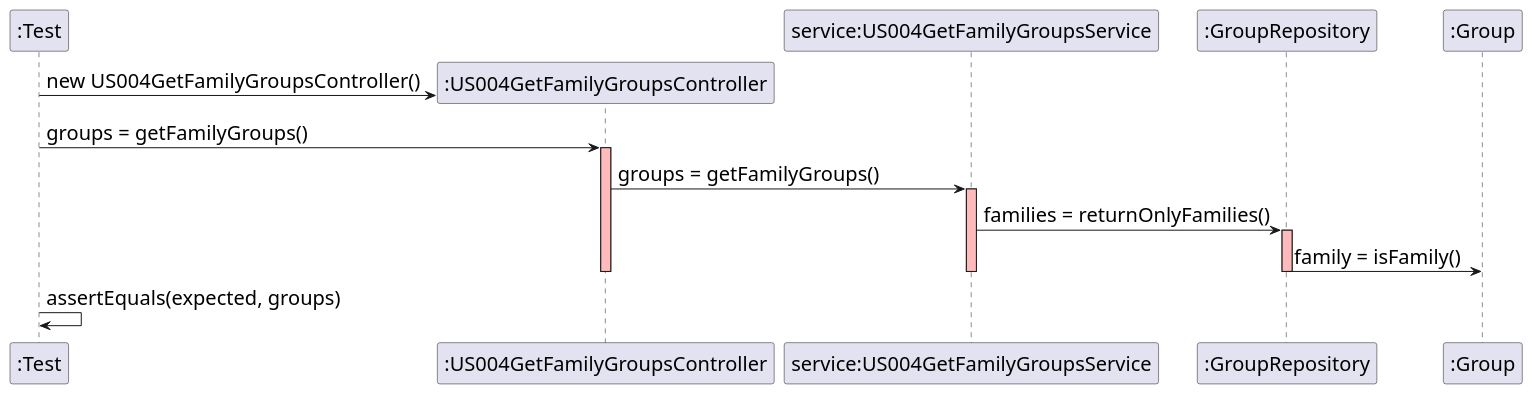
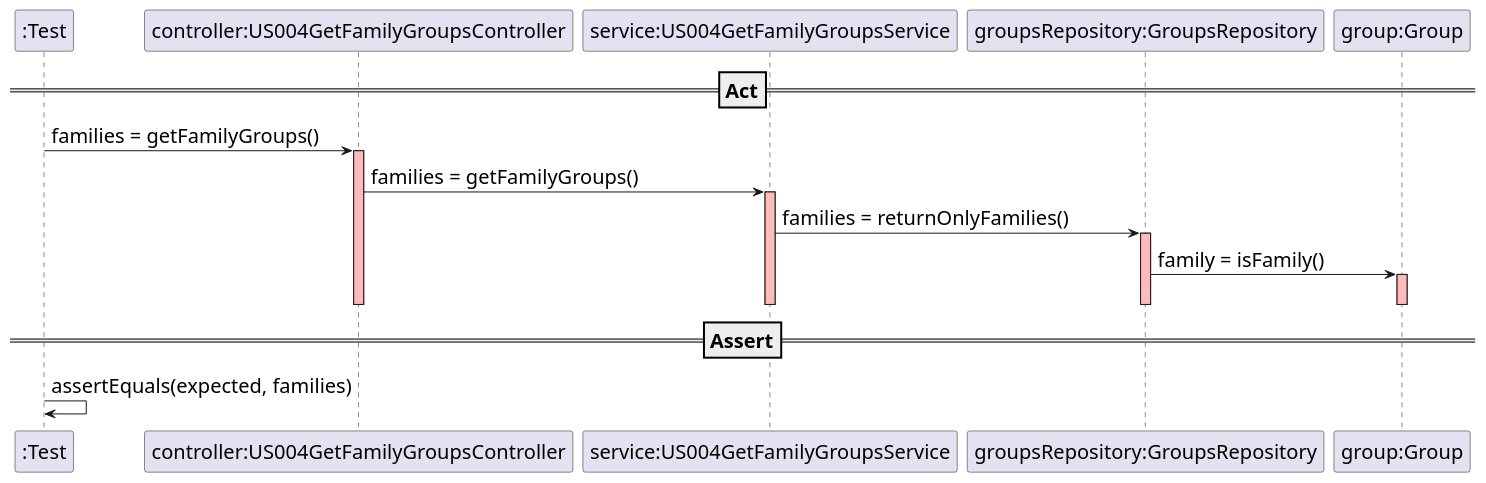
Before and after one commit to mleitaoribeiro/DevOpsMaven: the diagram in src/main/java/switch2019/project/controllers/US004GetFamilyGroupsSD.puml, drawn with PlantUML. The commit also changed 6 other files, not shown here.

```diff
--- a/src/main/java/switch2019/project/controllers/US004GetFamilyGroupsSD.puml
+++ b/src/main/java/switch2019/project/controllers/US004GetFamilyGroupsSD.puml
@@ -1,28 +1,31 @@
 @startuml
 skinparam DefaultFontSize 20
 participant ":Test"
-create ":US004GetFamilyGroupsController"
+participant "controller:US004GetFamilyGroupsController"
 
-":Test" -> ":US004GetFamilyGroupsController" : new US004GetFamilyGroupsController()
-":Test" -> ":US004GetFamilyGroupsController" : groups = getFamilyGroups()
-activate ":US004GetFamilyGroupsController" #FFBBBB
+==Act==
+":Test" -> "controller:US004GetFamilyGroupsController" : families = getFamilyGroups()
+activate "controller:US004GetFamilyGroupsController" #FFBBBB
 
 participant "service:US004GetFamilyGroupsService"
-":US004GetFamilyGroupsController" -> "service:US004GetFamilyGroupsService" : groups = getFamilyGroups()
+"controller:US004GetFamilyGroupsController" -> "service:US004GetFamilyGroupsService" : families = getFamilyGroups()
 activate "service:US004GetFamilyGroupsService" #FFBBBB
 
-participant ":GroupRepository"
-"service:US004GetFamilyGroupsService" -> ":GroupRepository" : families = returnOnlyFamilies()
-activate ":GroupRepository" #FFBBBB
+participant "groupsRepository:GroupsRepository"
+"service:US004GetFamilyGroupsService" -> "groupsRepository:GroupsRepository" : families = returnOnlyFamilies()
+activate "groupsRepository:GroupsRepository" #FFBBBB
 
-participant ":Group"
-":GroupRepository" -> ":Group" : family = isFamily()
-deactivate ":US004GetFamilyGroupsController"
+participant "group:Group"
+
+"groupsRepository:GroupsRepository" -> "group:Group" : family = isFamily()
+activate "group:Group" #FFBBBB
+deactivate "group:Group"
+deactivate "controller:US004GetFamilyGroupsController"
 deactivate "service:US004GetFamilyGroupsService"
-deactivate ":GroupRepository"
+deactivate "groupsRepository:GroupsRepository"
+==Assert==
 
-
-":Test" -> ":Test" : assertEquals(expected, groups)
+":Test" -> ":Test" : assertEquals(expected, families)
 
 
 @enduml
```
